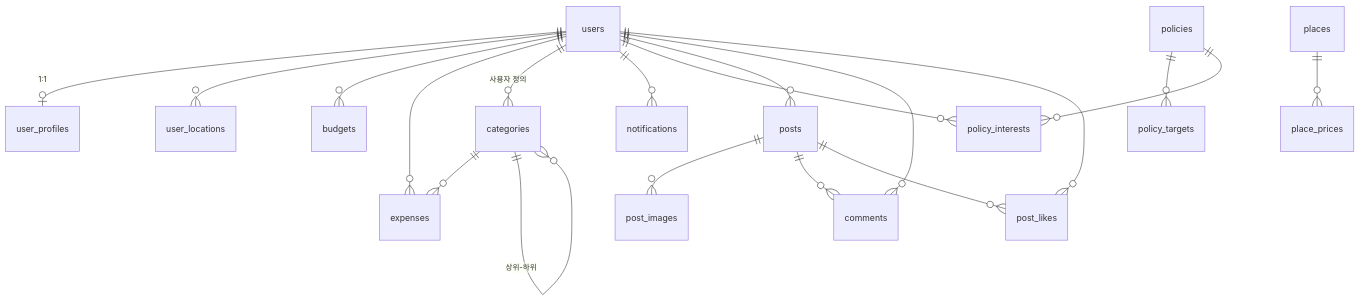
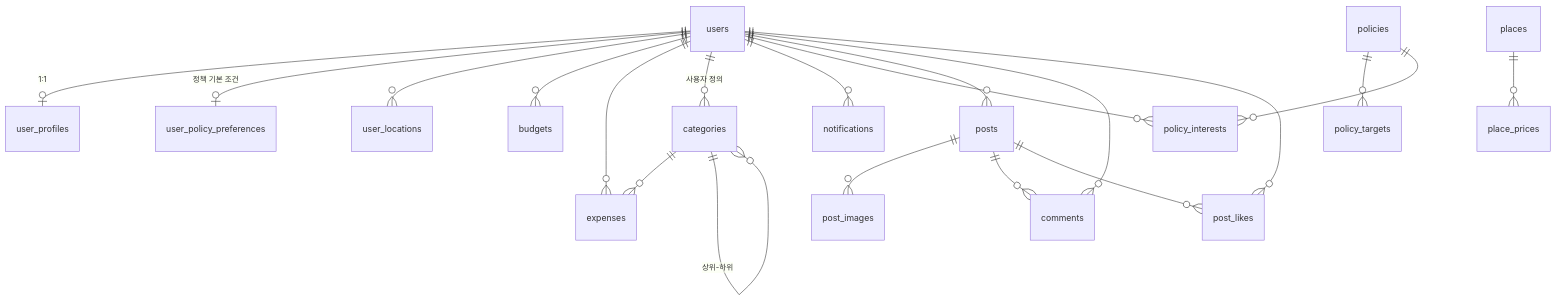
The diagram in docs/schema-spec.md (support9938/SurvivalDiary_Backend), drawn with Mermaid before and after one commit. The commit also changed other lines of this file and 11 other files, not shown here.

````diff
--- a/docs/schema-spec.md
+++ b/docs/schema-spec.md
@@ -27,21 +27,22 @@
 ```mermaid
 erDiagram
     users ||--o| user_profiles : "1:1"
+    users ||--o| user_policy_preferences : "정책 기본 조건"
     users ||--o{ user_locations : ""
     users ||--o{ budgets : ""
     users ||--o{ expenses : ""
     users ||--o{ categories : "사용자 정의"
     users ||--o{ notifications : ""
     users ||--o{ policy_interests : ""
     users ||--o{ posts : ""
     users ||--o{ comments : ""
     users ||--o{ post_likes : ""
     categories ||--o{ expenses : ""
     categories ||--o{ categories : "상위-하위"
     policies ||--o{ policy_targets : ""
     policies ||--o{ policy_interests : ""
     places ||--o{ place_prices : ""
     posts ||--o{ post_images : ""
     posts ||--o{ comments : ""
     posts ||--o{ post_likes : ""
 ```
````
